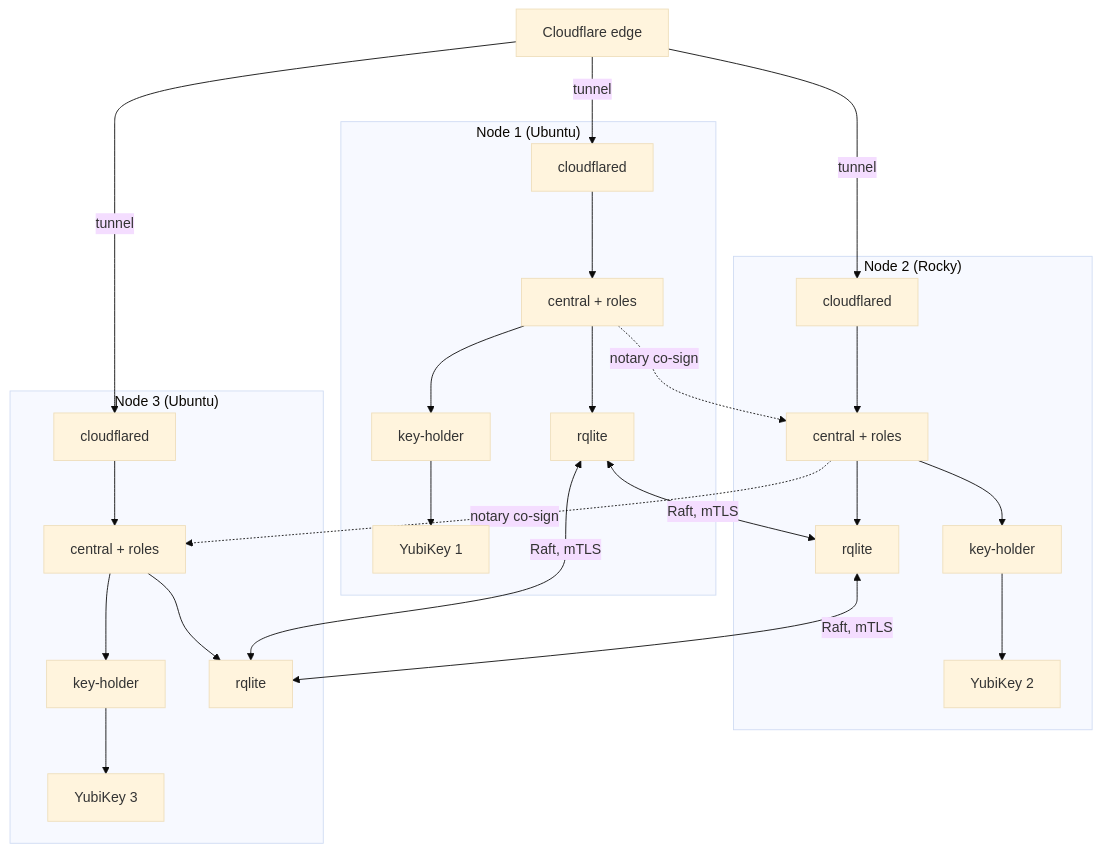
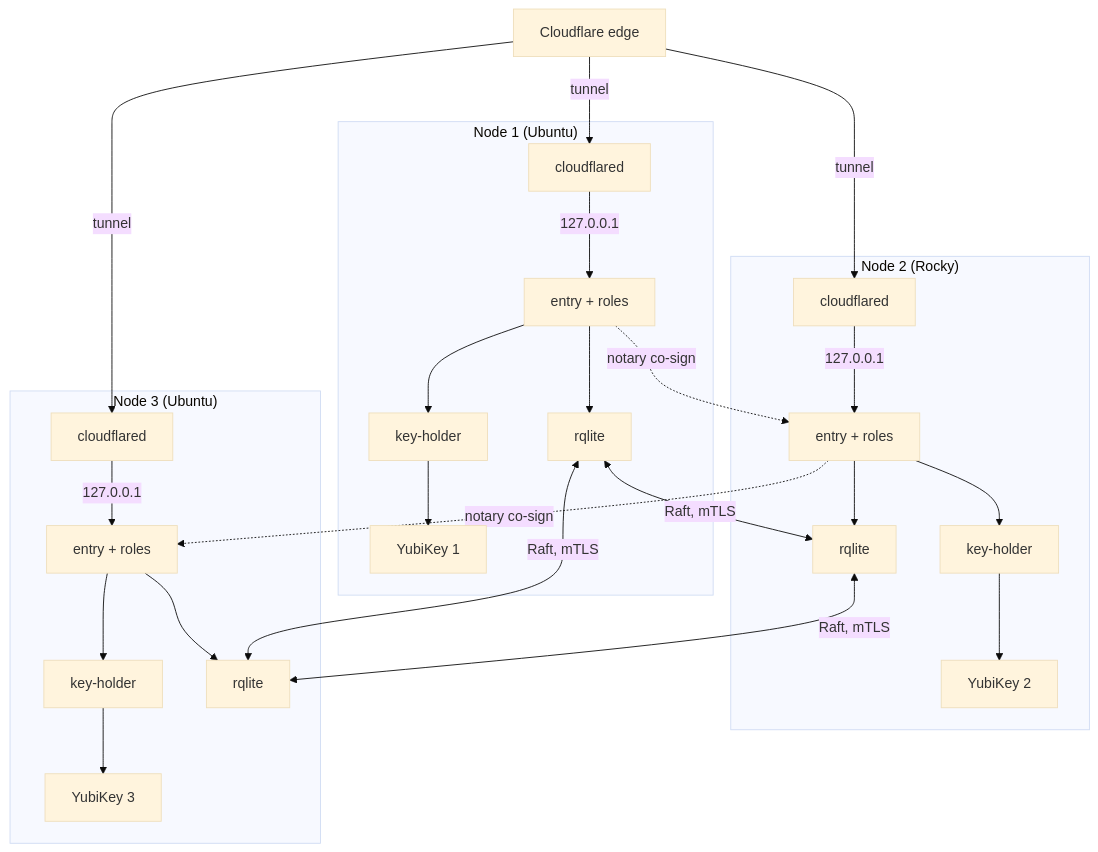
One commit to truvity/sluis changed the diagram in docs/shapes/cluster.md. Above: the diagram before and after it, drawn with Mermaid (base theme). The commit also changed other lines of this file and 26 other files, not shown here.

````diff
--- a/docs/shapes/cluster.md
+++ b/docs/shapes/cluster.md
@@ -13,27 +13,27 @@
 ```mermaid
 flowchart TB
   edge["Cloudflare edge"]
   subgraph n1["Node 1 (Ubuntu)"]
-    cfd1["cloudflared"] --> c1["central + roles"]
+    cfd1["cloudflared"] -- "127.0.0.1" --> c1["entry + roles"]
     c1 --> kh1["key-holder"] --> yk1["YubiKey 1"]
     c1 --> r1["rqlite"]
   end
   subgraph n2["Node 2 (Rocky)"]
-    cfd2["cloudflared"] --> c2["central + roles"]
+    cfd2["cloudflared"] -- "127.0.0.1" --> c2["entry + roles"]
     c2 --> kh2["key-holder"] --> yk2["YubiKey 2"]
     c2 --> r2["rqlite"]
   end
   subgraph n3["Node 3 (Ubuntu)"]
-    cfd3["cloudflared"] --> c3["central + roles"]
+    cfd3["cloudflared"] -- "127.0.0.1" --> c3["entry + roles"]
     c3 --> kh3["key-holder"] --> yk3["YubiKey 3"]
     c3 --> r3["rqlite"]
   end
   edge -- "tunnel" --> cfd1
   edge -- "tunnel" --> cfd2
   edge -- "tunnel" --> cfd3
   r1 <-- "Raft, mTLS" --> r2
   r2 <-- "Raft, mTLS" --> r3
   r1 <-- "Raft, mTLS" --> r3
   c1 -. "notary co-sign" .-> c2
   c2 -. "notary co-sign" .-> c3
 ```
````
